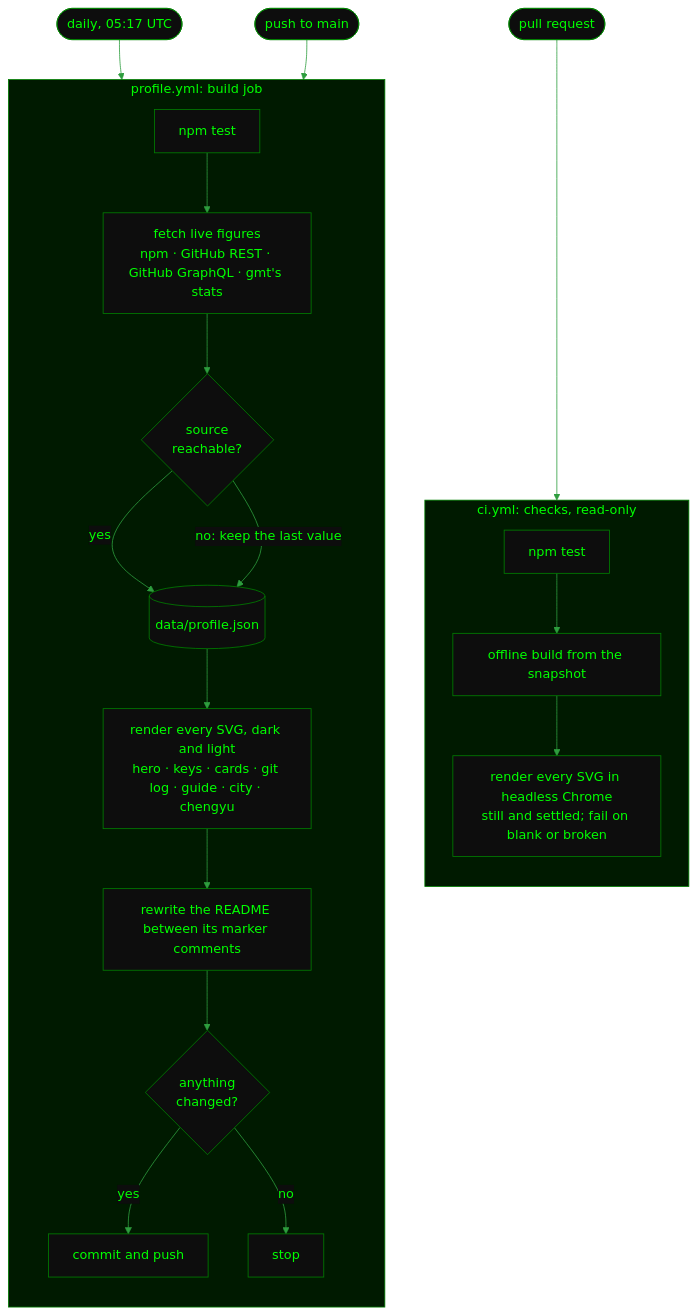
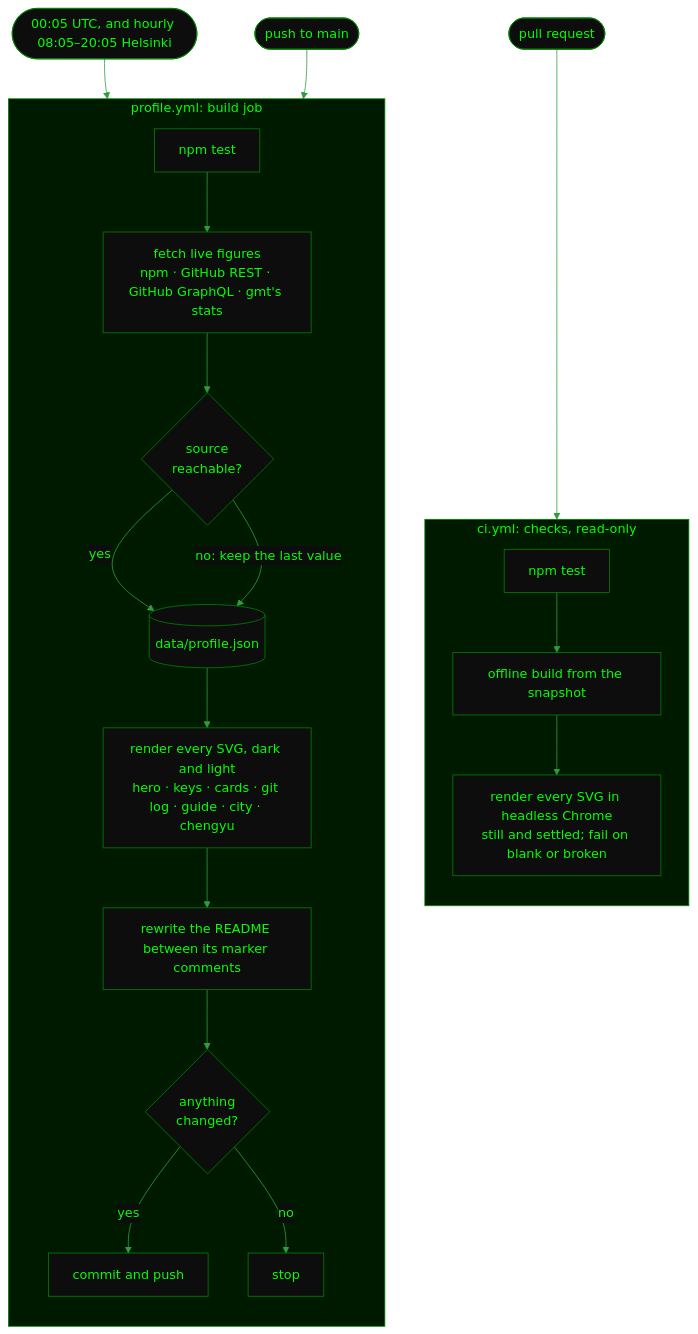
Before and after one commit to craig-o-curtis/craig-o-curtis: the diagram in README.md, drawn with Mermaid. The commit also changed other lines of this file and 2 other files, not shown here.

First line of the commit message:
fix(profile): rebuild just past midnight UTC and hourly through the working day

````diff
--- a/README.md
+++ b/README.md
@@ -142,24 +142,24 @@
 ```mermaid
 %%{init: {"theme": "base", "themeVariables": {"fontFamily": "ui-monospace, SFMono-Regular, Menlo, Consolas, monospace", "primaryColor": "#0d0d0d", "primaryTextColor": "#00ff00", "primaryBorderColor": "#008000", "secondaryColor": "#0d0d0d", "tertiaryColor": "#0d0d0d", "textColor": "#2e9d3e", "nodeTextColor": "#00ff00", "lineColor": "#2e9d3e", "clusterBkg": "#001a00", "clusterBorder": "#008000", "titleColor": "#00ff00", "edgeLabelBackground": "#0d0d0d"}}}%%
 flowchart TD
-  cron(["daily, 05:17 UTC"]) --> build
+  cron(["00:05 UTC, and hourly 08:05–20:05 Helsinki"]) --> build
   push(["push to main"]) --> build
   pr(["pull request"]) --> ci
   subgraph build ["profile.yml: build job"]
     direction TB
     test["npm test"] --> fetch["fetch live figures<br>npm · GitHub REST · GitHub GraphQL · gmt's stats"]
     fetch --> ok{"source<br>reachable?"}
     ok -- "yes" --> snap[("data/profile.json")]
     ok -- "no: keep the last value" --> snap
     snap --> render["render every SVG, dark and light<br>hero · keys · cards · git log · guide · city · chengyu"]
     render --> md["rewrite the README between its marker comments"]
     md --> changed{"anything<br>changed?"}
     changed -- "yes" --> commit["commit and push"]
     changed -- "no" --> done["stop"]
   end
   subgraph ci ["ci.yml: checks, read-only"]
     direction TB
     t2["npm test"] --> offline["offline build from the snapshot"]
     offline --> chrome["render every SVG in headless Chrome<br>still and settled; fail on blank or broken"]
   end
 ```
````
